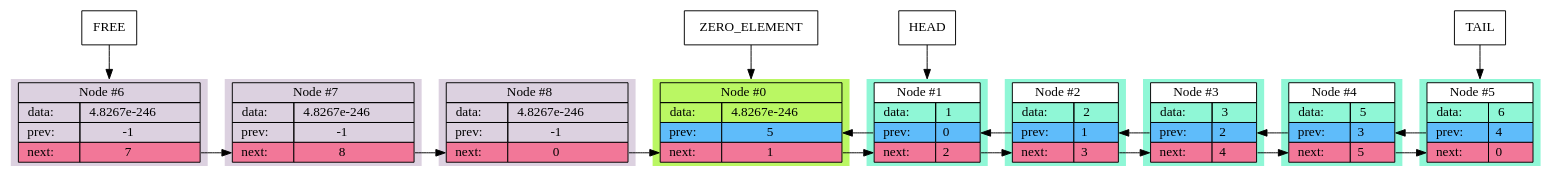
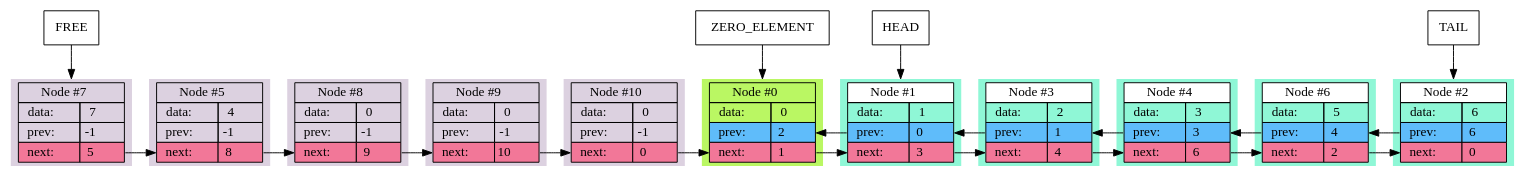
One commit to Mikhail038/MY_LIST changed the diagram in gvList.dot. Above: the diagram before and after it, drawn with Graphviz. The commit also changed 5 other files, not shown here.

```diff
--- a/gvList.dot
+++ b/gvList.dot
@@ -13,12 +13,12 @@
                                     </tr>
                                     <tr>
                 <td>   data:  </td>
-                <td>   4.8267e-246    </td>
+                <td>   0    </td>
             
                                 </tr>
                                 <tr>
                                     <td bgcolor = "#5fbcfa" port="prev_out" > prev: </td>
-                                    <td bgcolor = "#5fbcfa" port="prev_in" > 5    </td>
+                                    <td bgcolor = "#5fbcfa" port="prev_in" > 2    </td>
                                 </tr>
                                 <tr>
                                     <td bgcolor = "#f27798" port="next_in" > next: </td>
@@ -50,7 +50,7 @@
                                 </tr>
                                 <tr>
                                     <td bgcolor = "#f27798" port="next_in" > next: </td>
-                                    <td bgcolor = "#f27798" port="next_out"> 2    </td>
+                                    <td bgcolor = "#f27798" port="next_out"> 3    </td>
                                 </tr>
                             </table>
                         >
@@ -69,16 +69,16 @@
                                     </tr>
                                     <tr>
                 <td>   data:  </td>
-                <td>   2    </td>
+                <td>   6    </td>
             
                                 </tr>
                                 <tr>
                                     <td bgcolor = "#5fbcfa" port="prev_out" > prev: </td>
-                                    <td bgcolor = "#5fbcfa" port="prev_in" > 1    </td>
+                                    <td bgcolor = "#5fbcfa" port="prev_in" > 6    </td>
                                 </tr>
                                 <tr>
                                     <td bgcolor = "#f27798" port="next_in" > next: </td>
-                                    <td bgcolor = "#f27798" port="next_out"> 3    </td>
+                                    <td bgcolor = "#f27798" port="next_out"> 0    </td>
                                 </tr>
                             </table>
                         >
@@ -97,12 +97,12 @@
                                     </tr>
                                     <tr>
                 <td>   data:  </td>
-                <td>   3    </td>
+                <td>   2    </td>
             
                                 </tr>
                                 <tr>
                                     <td bgcolor = "#5fbcfa" port="prev_out" > prev: </td>
-                                    <td bgcolor = "#5fbcfa" port="prev_in" > 2    </td>
+                                    <td bgcolor = "#5fbcfa" port="prev_in" > 1    </td>
                                 </tr>
                                 <tr>
                                     <td bgcolor = "#f27798" port="next_in" > next: </td>
@@ -125,7 +125,7 @@
                                     </tr>
                                     <tr>
                 <td>   data:  </td>
-                <td>   5    </td>
+                <td>   3    </td>
             
                                 </tr>
                                 <tr>
@@ -134,7 +134,7 @@
                                 </tr>
                                 <tr>
                                     <td bgcolor = "#f27798" port="next_in" > next: </td>
-                                    <td bgcolor = "#f27798" port="next_out"> 5    </td>
+                                    <td bgcolor = "#f27798" port="next_out"> 6    </td>
                                 </tr>
                             </table>
                         >
@@ -143,17 +143,45 @@
                     node_5
                     [
                         style="filled",
+                        fillcolor="#dcd1e0"
+                            shape=plaintext,
+                            label=
+                            <
+                                <table border="0" cellborder="1" cellspacing="0">
+                                    <tr>
+                                        <td colspan="2">Node #5</td>
+                                    </tr>
+                                    <tr>
+                <td>   data:  </td>
+                <td>   4    </td>
+            
+                            </tr>
+                            <tr>
+                                <td  port="prev_out" > prev: </td>
+                                <td  port="prev_in" > -1    </td>
+                            </tr>
+                            <tr>
+                                <td bgcolor = "#f27798" port="next_in" > next: </td>
+                                <td bgcolor = "#f27798" port="next_out"> 8    </td>
+                            </tr>
+                        </table>
+                    >
+                ];
+            
+                    node_6
+                    [
+                        style="filled",
                         fillcolor="#8ff7d6"
                             shape=plaintext,
                             label=
                             <
                                 <table border="0" cellborder="1" cellspacing="0">
                                     <tr>
-                                        <td bgcolor = "#ffffff" colspan="2">Node #5</td>
+                                        <td bgcolor = "#ffffff" colspan="2">Node #6</td>
                                     </tr>
                                     <tr>
                 <td>   data:  </td>
-                <td>   6    </td>
+                <td>   5    </td>
             
                                 </tr>
                                 <tr>
@@ -162,40 +190,12 @@
                                 </tr>
                                 <tr>
                                     <td bgcolor = "#f27798" port="next_in" > next: </td>
-                                    <td bgcolor = "#f27798" port="next_out"> 0    </td>
+                                    <td bgcolor = "#f27798" port="next_out"> 2    </td>
                                 </tr>
                             </table>
                         >
                     ];
                 
-                    node_6
-                    [
-                        style="filled",
-                        fillcolor="#dcd1e0"
-                            shape=plaintext,
-                            label=
-                            <
-                                <table border="0" cellborder="1" cellspacing="0">
-                                    <tr>
-                                        <td colspan="2">Node #6</td>
-                                    </tr>
-                                    <tr>
-                <td>   data:  </td>
-                <td>   4.8267e-246    </td>
-            
-                            </tr>
-                            <tr>
-                                <td  port="prev_out" > prev: </td>
-                                <td  port="prev_in" > -1    </td>
-                            </tr>
-                            <tr>
-                                <td bgcolor = "#f27798" port="next_in" > next: </td>
-                                <td bgcolor = "#f27798" port="next_out"> 7    </td>
-                            </tr>
-                        </table>
-                    >
-                ];
-            
                     node_7
                     [
                         style="filled",
@@ -209,7 +209,7 @@
                                     </tr>
                                     <tr>
                 <td>   data:  </td>
-                <td>   4.8267e-246    </td>
+                <td>   7    </td>
             
                             </tr>
                             <tr>
@@ -218,7 +218,7 @@
                             </tr>
                             <tr>
                                 <td bgcolor = "#f27798" port="next_in" > next: </td>
-                                <td bgcolor = "#f27798" port="next_out"> 8    </td>
+                                <td bgcolor = "#f27798" port="next_out"> 5    </td>
                             </tr>
                         </table>
                     >
@@ -237,7 +237,63 @@
                                     </tr>
                                     <tr>
                 <td>   data:  </td>
-                <td>   4.8267e-246    </td>
+                <td>   0    </td>
+            
+                            </tr>
+                            <tr>
+                                <td  port="prev_out" > prev: </td>
+                                <td  port="prev_in" > -1    </td>
+                            </tr>
+                            <tr>
+                                <td bgcolor = "#f27798" port="next_in" > next: </td>
+                                <td bgcolor = "#f27798" port="next_out"> 9    </td>
+                            </tr>
+                        </table>
+                    >
+                ];
+            
+                    node_9
+                    [
+                        style="filled",
+                        fillcolor="#dcd1e0"
+                            shape=plaintext,
+                            label=
+                            <
+                                <table border="0" cellborder="1" cellspacing="0">
+                                    <tr>
+                                        <td colspan="2">Node #9</td>
+                                    </tr>
+                                    <tr>
+                <td>   data:  </td>
+                <td>   0    </td>
+            
+                            </tr>
+                            <tr>
+                                <td  port="prev_out" > prev: </td>
+                                <td  port="prev_in" > -1    </td>
+                            </tr>
+                            <tr>
+                                <td bgcolor = "#f27798" port="next_in" > next: </td>
+                                <td bgcolor = "#f27798" port="next_out"> 10    </td>
+                            </tr>
+                        </table>
+                    >
+                ];
+            
+                    node_10
+                    [
+                        style="filled",
+                        fillcolor="#dcd1e0"
+                            shape=plaintext,
+                            label=
+                            <
+                                <table border="0" cellborder="1" cellspacing="0">
+                                    <tr>
+                                        <td colspan="2">Node #10</td>
+                                    </tr>
+                                    <tr>
+                <td>   data:  </td>
+                <td>   0    </td>
             
                             </tr>
                             <tr>
@@ -254,32 +310,36 @@
             
  node_0:<next_out> -> node_1:<next_in>;
 
- node_1:<next_out> -> node_2:<next_in>;
+ node_1:<next_out> -> node_3:<next_in>;
 
  node_1:<prev_out> -> node_0:<prev_in>;
 
- node_2:<next_out> -> node_3:<next_in>;
-
- node_2:<prev_out> -> node_1:<prev_in>;
+ node_2:<prev_out> -> node_6:<prev_in>;
 
  node_3:<next_out> -> node_4:<next_in>;
 
- node_3:<prev_out> -> node_2:<prev_in>;
+ node_3:<prev_out> -> node_1:<prev_in>;
 
- node_4:<next_out> -> node_5:<next_in>;
+ node_4:<next_out> -> node_6:<next_in>;
 
  node_4:<prev_out> -> node_3:<prev_in>;
 
- node_5:<prev_out> -> node_4:<prev_in>;
+ node_5:<next_out> -> node_8:<next_in>;
 
- node_6:<next_out> -> node_7:<next_in>;
+ node_6:<next_out> -> node_2:<next_in>;
 
- node_7:<next_out> -> node_8:<next_in>;
+ node_6:<prev_out> -> node_4:<prev_in>;
 
- node_8:<next_out> -> node_0:<next_in>;
+ node_7:<next_out> -> node_5:<next_in>;
+
+ node_8:<next_out> -> node_9:<next_in>;
+
+ node_9:<next_out> -> node_10:<next_in>;
+
+ node_10:<next_out> -> node_0:<next_in>;
 }
-FREE [shape=rectangle]; FREE -> node_6;
+FREE [shape=rectangle]; FREE -> node_7;
 ZERO_ELEMENT [shape=rectangle, fillcolor = "#8ff7d6"]; ZERO_ELEMENT -> node_0;
 HEAD [shape=rectangle, fillcolor = "#8ff7d6"]; HEAD -> node_1;
-TAIL [shape=rectangle, fillcolor = "#8ff7d6"]; TAIL -> node_5;
+TAIL [shape=rectangle, fillcolor = "#8ff7d6"]; TAIL -> node_2;
 }
```
